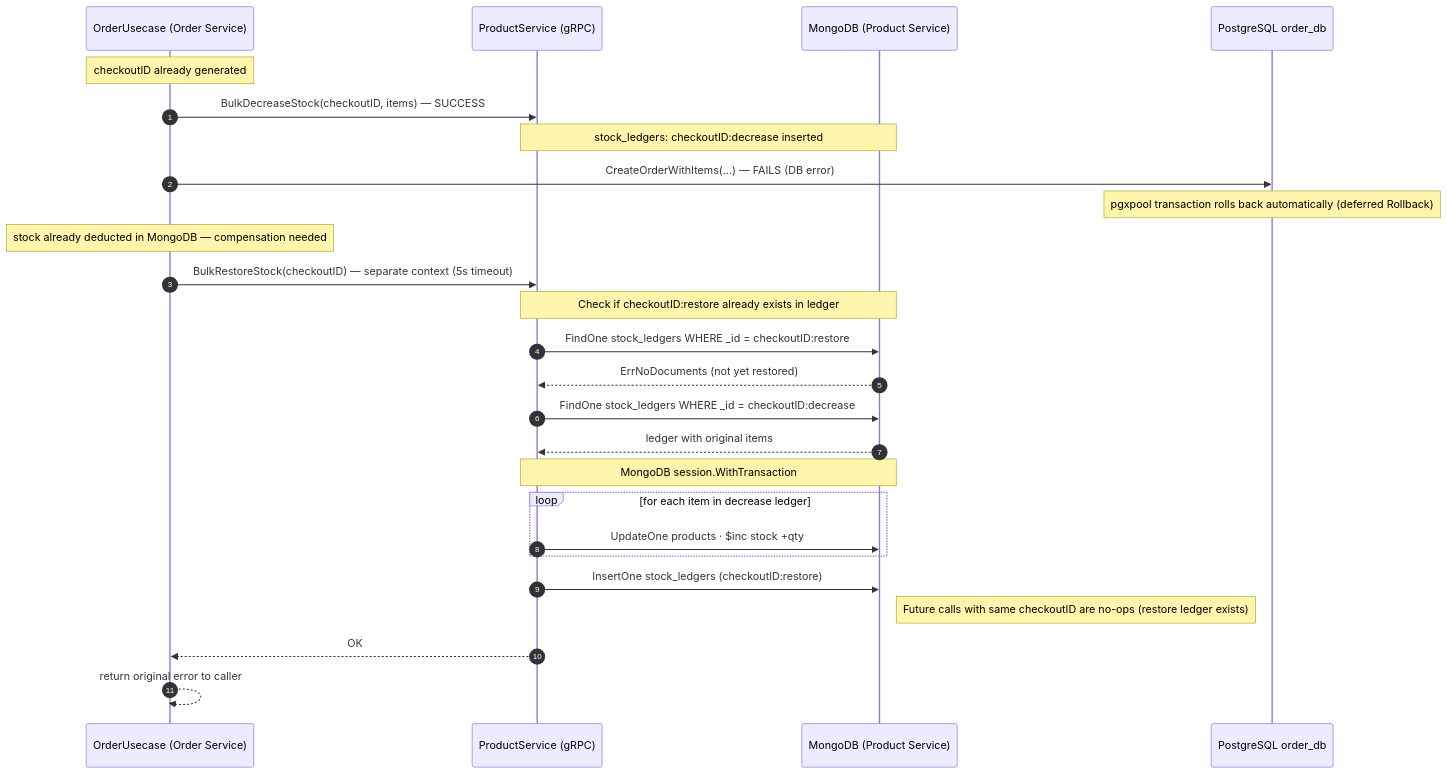
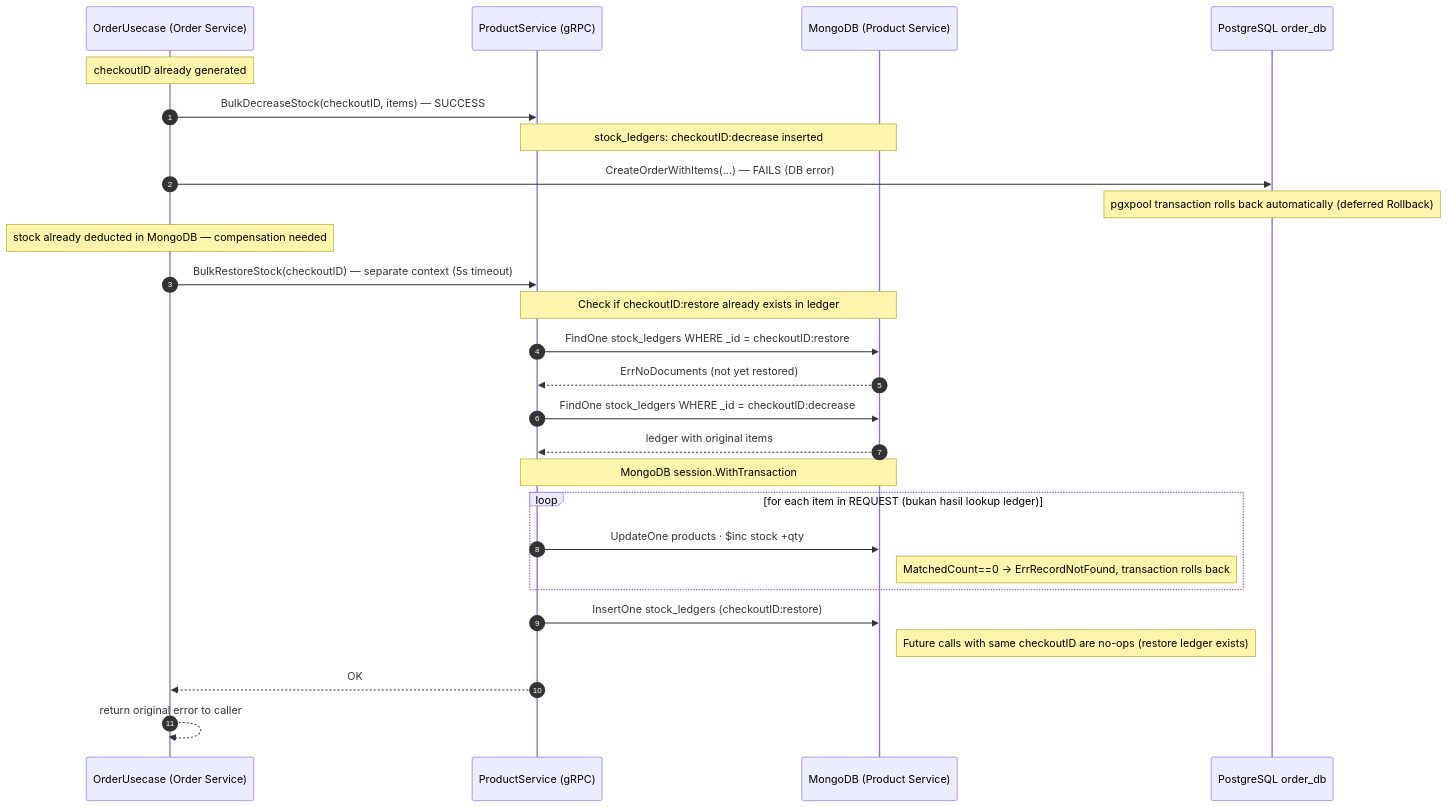
One commit to Mpayy/e-commerce changed the fifth of 6 diagrams in README.md. Above: the diagram before and after it, drawn with Mermaid. The commit also changed other lines of this file, not shown here.

````diff
--- a/README.md
+++ b/README.md
@@ -318,31 +325,32 @@
 ```mermaid
 sequenceDiagram
     autonumber
     participant U as OrderUsecase (Order Service)
     participant PS as ProductService (gRPC)
     participant Mongo as MongoDB (Product Service)
     participant PG as PostgreSQL order_db
 
     Note over U: checkoutID already generated
     U->>PS: BulkDecreaseStock(checkoutID, items) — SUCCESS
     Note over PS,Mongo: stock_ledgers: checkoutID:decrease inserted
 
     U->>PG: CreateOrderWithItems(...) — FAILS (DB error)
     Note over PG: pgxpool transaction rolls back automatically (deferred Rollback)
 
     Note over U: stock already deducted in MongoDB — compensation needed
     U->>PS: BulkRestoreStock(checkoutID) — separate context (5s timeout)
     Note over PS,Mongo: Check if checkoutID:restore already exists in ledger
     PS->>Mongo: FindOne stock_ledgers WHERE _id = checkoutID:restore
     Mongo-->>PS: ErrNoDocuments (not yet restored)
     PS->>Mongo: FindOne stock_ledgers WHERE _id = checkoutID:decrease
     Mongo-->>PS: ledger with original items
     Note over PS,Mongo: MongoDB session.WithTransaction
-    loop for each item in decrease ledger
+    loop for each item in REQUEST (bukan hasil lookup ledger)
         PS->>Mongo: UpdateOne products · $inc stock +qty
+    Note right of Mongo: MatchedCount==0 → ErrRecordNotFound, transaction rolls back
     end
     PS->>Mongo: InsertOne stock_ledgers (checkoutID:restore)
     Note right of Mongo: Future calls with same checkoutID are no-ops (restore ledger exists)
     PS-->>U: OK
     U-->>U: return original error to caller
 ```
````
